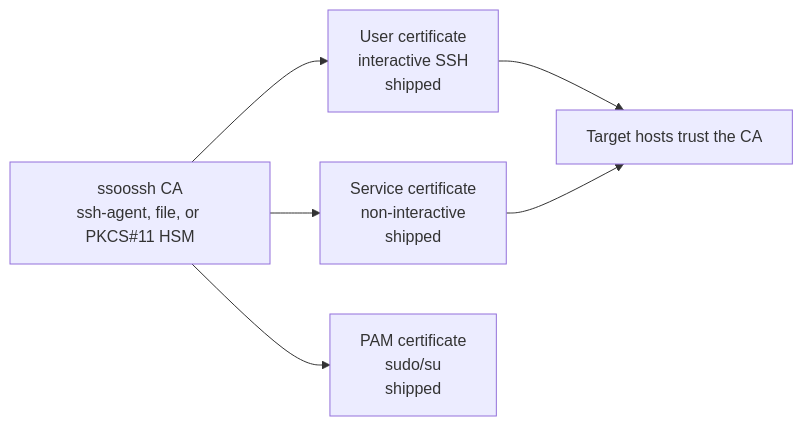
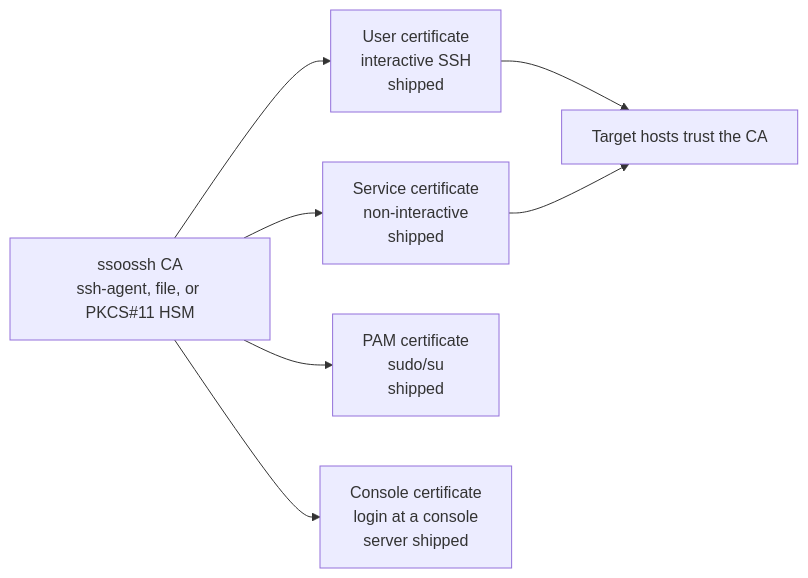
One commit to mnestor/ssoossh changed diagram 12 of 12 in docs/guide/flows.md. Above: the diagram before and after it, drawn with Mermaid. The commit also changed other lines of this file and 86 other files, not shown here.

````diff
--- a/docs/guide/flows.md
+++ b/docs/guide/flows.md
@@ -310,9 +370,10 @@
 ```mermaid
 flowchart LR
     CA["ssoossh CA<br/>ssh-agent, file, or PKCS#11 HSM"]
     CA --> U["User certificate<br/>interactive SSH<br/>shipped"]
     CA --> S["Service certificate<br/>non-interactive<br/>shipped"]
     CA --> P["PAM certificate<br/>sudo/su<br/>shipped"]
+    CA --> C["Console certificate<br/>login at a console<br/>server shipped"]
     U --> T["Target hosts trust the CA"]
     S --> T
 ```
````
